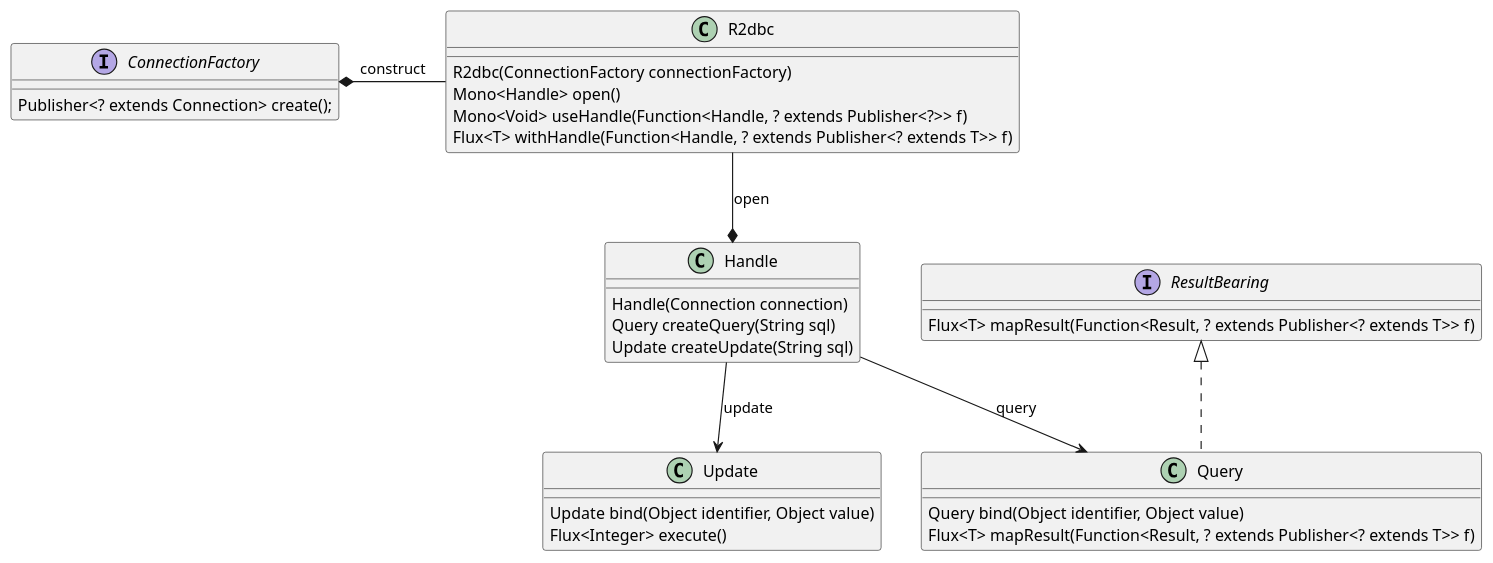
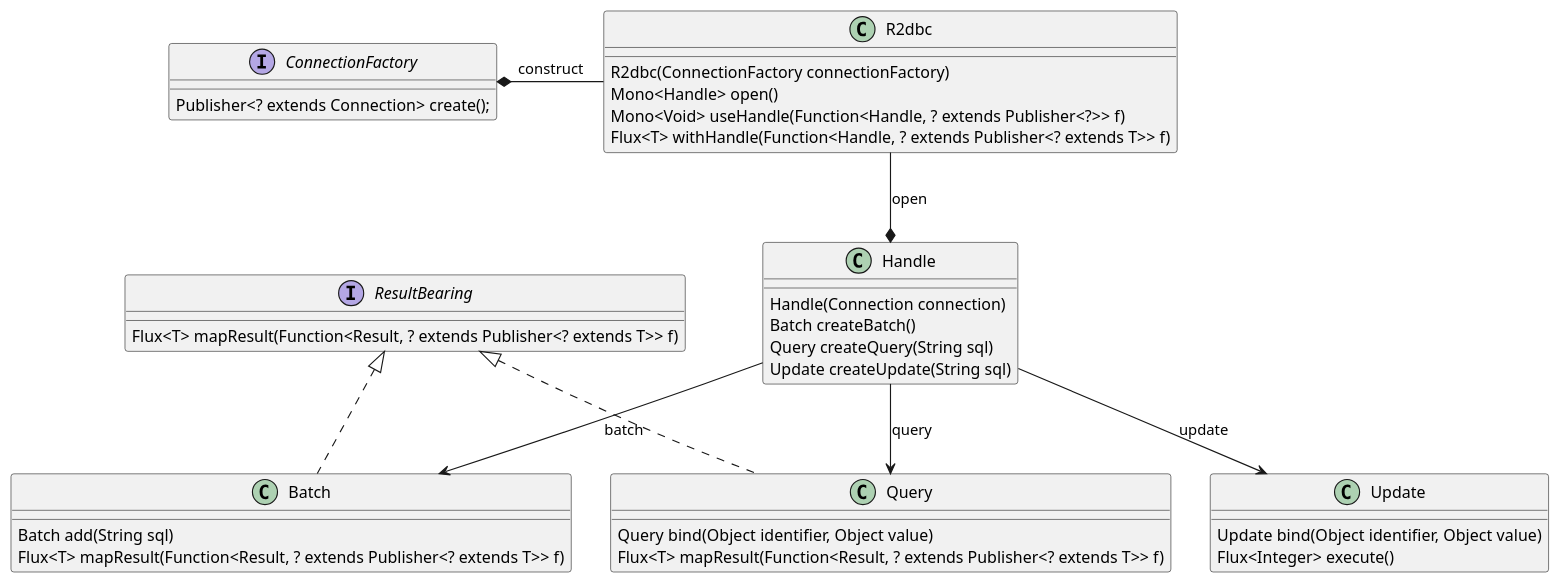
One commit to linux-china/r2dbc-demo changed the diagram in r2dbc-client-class-diagram.puml. Above: the diagram before and after it, drawn with PlantUML.

Commit message:
add batch

```diff
--- a/r2dbc-client-class-diagram.puml
+++ b/r2dbc-client-class-diagram.puml
@@ -1,43 +1,51 @@
 @startuml
 
 
 interface ConnectionFactory {
    Publisher<? extends Connection> create();
 }
 
 class R2dbc {
    R2dbc(ConnectionFactory connectionFactory)
    Mono<Handle> open()
    Mono<Void> useHandle(Function<Handle, ? extends Publisher<?>> f)
    Flux<T> withHandle(Function<Handle, ? extends Publisher<? extends T>> f)
 }
 
 class Handle {
    Handle(Connection connection)
+   Batch createBatch()
    Query createQuery(String sql)
    Update createUpdate(String sql)
 }
 
 interface ResultBearing {
    Flux<T> mapResult(Function<Result, ? extends Publisher<? extends T>> f)
 }
 
 class Query implements ResultBearing {
    Query bind(Object identifier, Object value)
+   Flux<T> mapResult(Function<Result, ? extends Publisher<? extends T>> f)
+}
+
+class Batch implements ResultBearing {
+   Batch add(String sql)
    Flux<T> mapResult(Function<Result, ? extends Publisher<? extends T>> f)
 }
 
 class Update {
    Update bind(Object identifier, Object value)
    Flux<Integer> execute()
 }
 
 R2dbc -left-* ConnectionFactory: construct
 
 R2dbc --* Handle: open
 
 Handle --> Query: query
 
 Handle --> Update: update
 
+Handle --> Batch: batch
+
 @enduml
```
